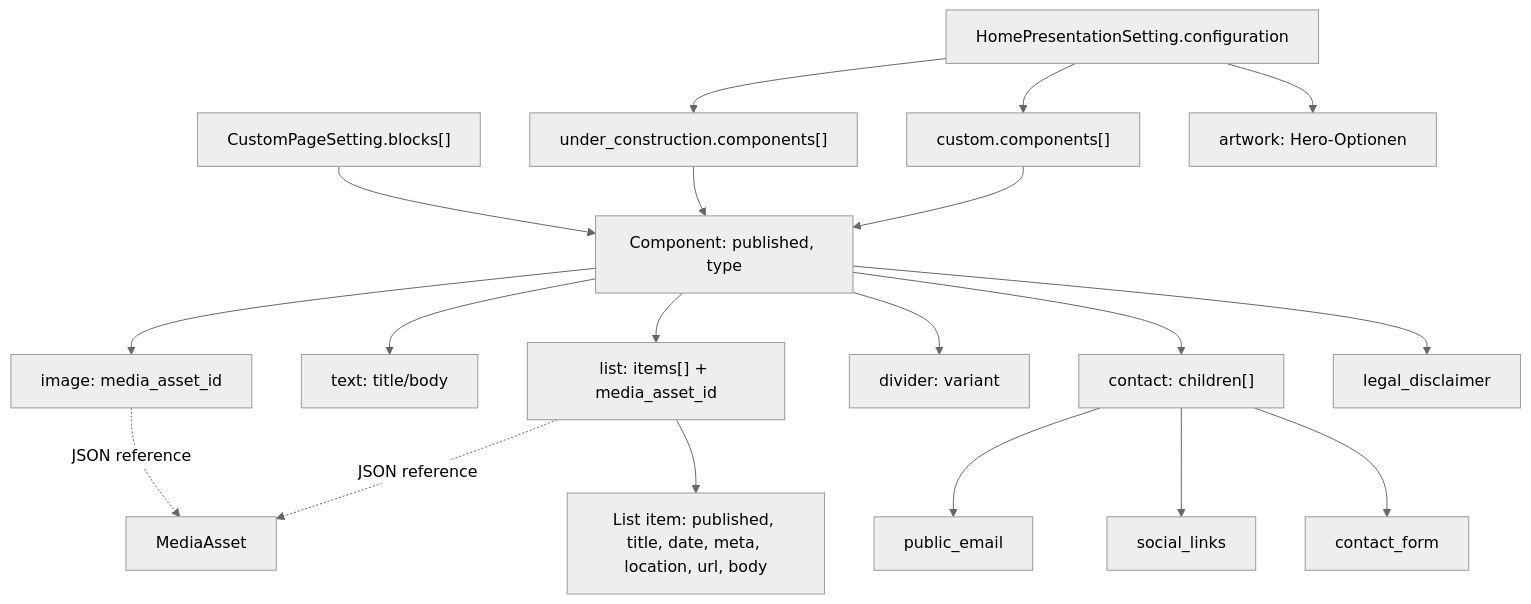
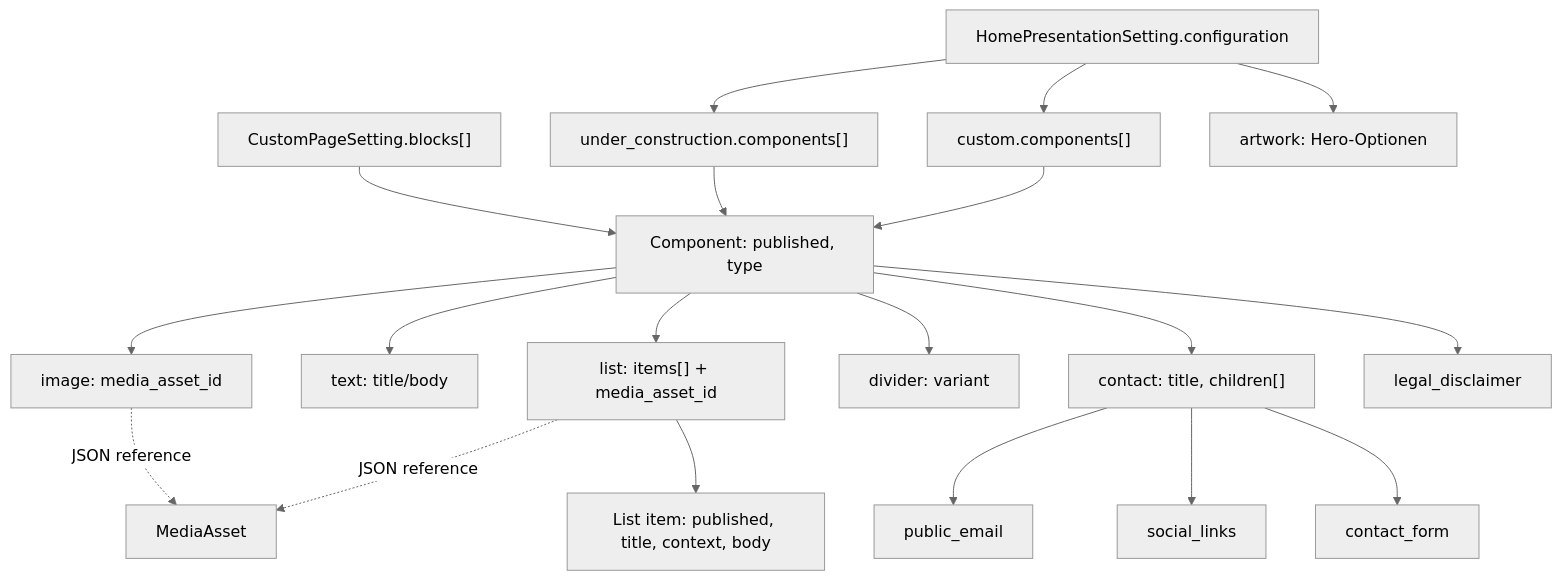
Before and after one commit to Wiiii90/moeller-lars: the diagram in docs/architecture/structured-components.md, drawn with Mermaid (neutral theme). The commit also changed other lines of this file and 3 other files, not shown here.

Commit message:
docs(architecture): reconcile Contact parent model, List context legacy compatibility and menu backing

````diff
--- a/docs/architecture/structured-components.md
+++ b/docs/architecture/structured-components.md
@@ -9,21 +9,21 @@
 ```mermaid
 flowchart TD
     Page["CustomPageSetting.blocks[]"] --> Block["Component: published, type"]
     Home["HomePresentationSetting.configuration"] --> Construction["under_construction.components[]"]
     Home --> Custom["custom.components[]"]
     Home --> Hero["artwork: Hero-Optionen"]
     Construction --> Block
     Custom --> Block
     Block --> Image["image: media_asset_id"]
     Block --> Text["text: title/body"]
     Block --> List["list: items[] + media_asset_id"]
-    List --> Entry["List item: published, title, date, meta, location, url, body"]
+    List --> Entry["List item: published, title, context, body"]
     Block --> Divider["divider: variant"]
-    Block --> Contact["contact: children[]"]
+    Block --> Contact["contact: title, children[]"]
     Contact --> Email["public_email"]
     Contact --> Social["social_links"]
     Contact --> Form["contact_form"]
     Block --> Legal["legal_disclaimer"]
     Image -. "JSON reference" .-> Media["MediaAsset"]
     List -. "JSON reference" .-> Media
 ```
````
